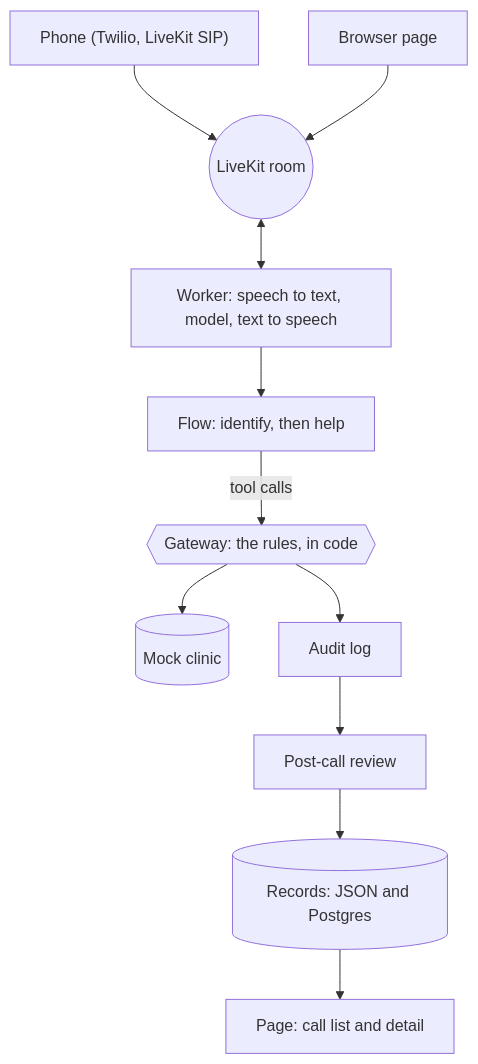
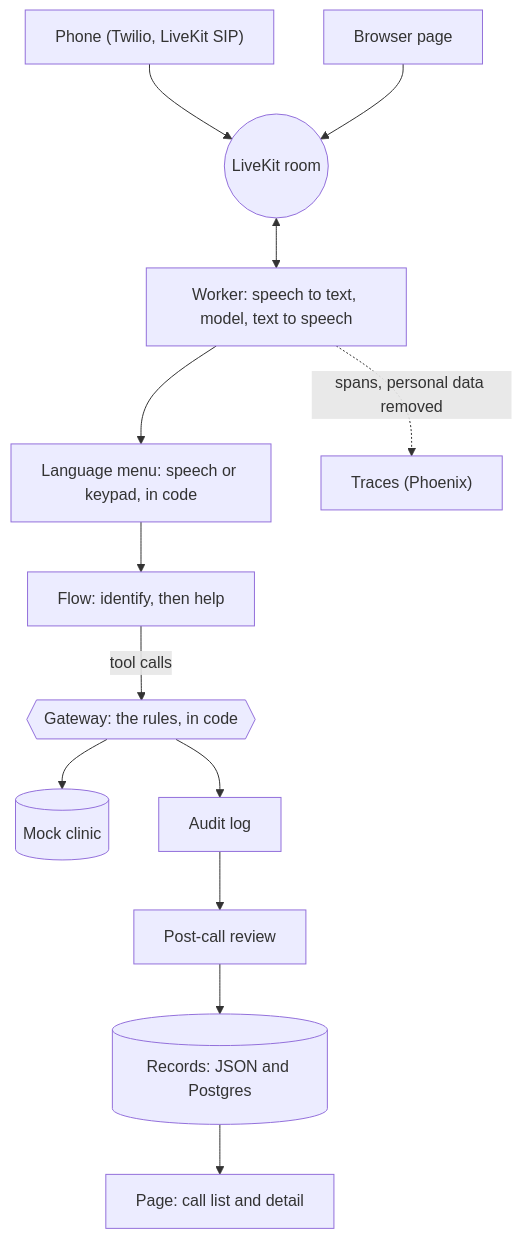
Before and after one commit to aidaploco/clinic-voice-agent: the diagram in README.md, drawn with Mermaid. The commit also changed other lines of this file and 15 other files, not shown here.

First line of the commit message:
Phase 7: README with pictures, traces without personal data, a re-runnable privacy audit

````diff
--- a/README.md
+++ b/README.md
@@ -13,13 +33,15 @@
 ```mermaid
 flowchart TB
     P["Phone (Twilio, LiveKit SIP)"] --> R(("LiveKit room"))
     B["Browser page"] --> R
     R <--> W["Worker: speech to text, model, text to speech"]
-    W --> F["Flow: identify, then help"]
+    W --> M["Language menu: speech or keypad, in code"]
+    M --> F["Flow: identify, then help"]
     F -->|tool calls| G{{"Gateway: the rules, in code"}}
     G --> C[("Mock clinic")]
     G --> A["Audit log"]
     A --> V["Post-call review"]
     V --> S[("Records: JSON and Postgres")]
     S --> U["Page: call list and detail"]
+    W -.spans, personal data removed.-> T["Traces (Phoenix)"]
 ```
````
